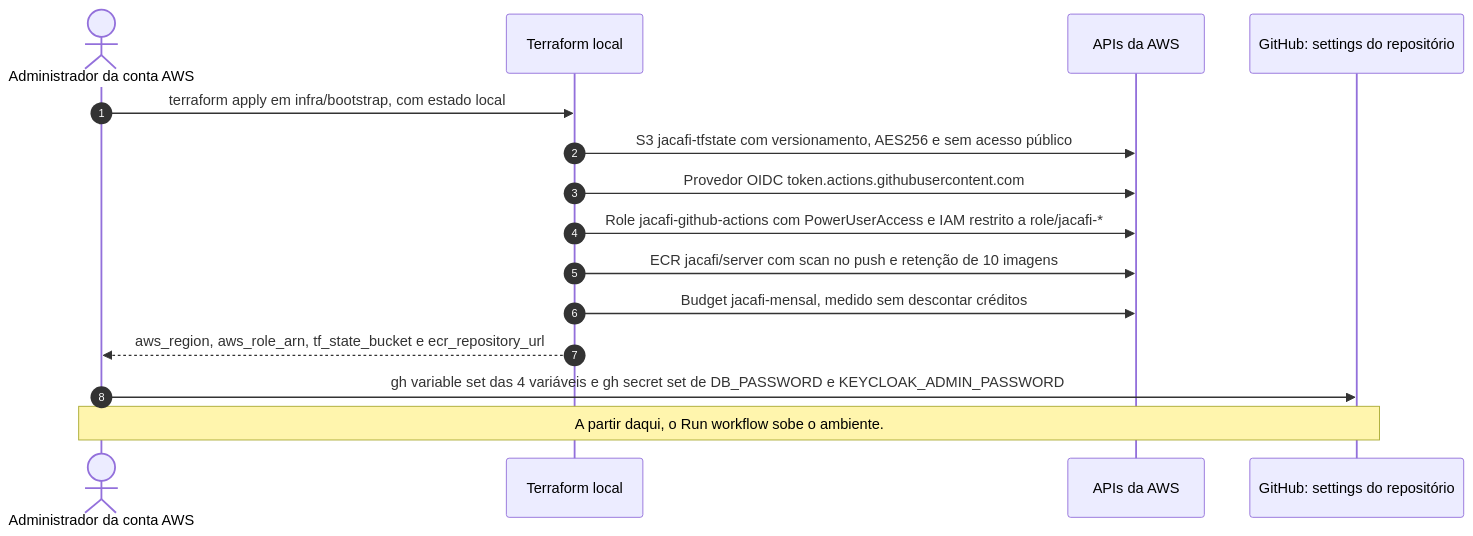
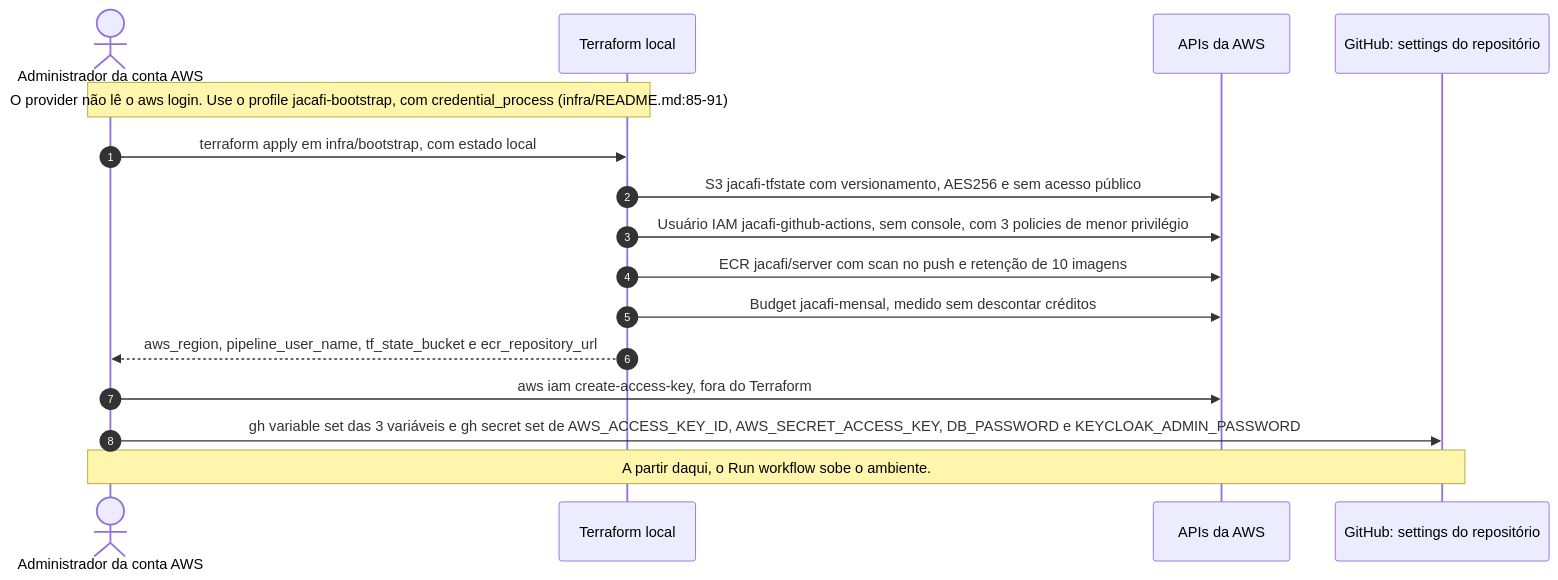
Diagram 14 of 16 in docs/arquitetura.md (gabsevamac/JACAFI-FIAP_Tech-Challenge_01), drawn with Mermaid before and after one commit. The commit also changed other lines of this file and 4 other files, not shown here.

First line of the commit message:
docs: align docs with access-key auth and fix manual commands

````diff
--- a/docs/arquitetura.md
+++ b/docs/arquitetura.md
@@ -750,18 +753,19 @@
 ```mermaid
 sequenceDiagram
     autonumber
     actor Admin as Administrador da conta AWS
     participant TF as Terraform local
     participant AWS as APIs da AWS
     participant GH as GitHub: settings do repositório
 
+    Note over Admin,TF: O provider não lê o aws login. Use o profile jacafi-bootstrap, com credential_process (infra/README.md:85-91)
     Admin->>TF: terraform apply em infra/bootstrap, com estado local
     TF->>AWS: S3 jacafi-tfstate com versionamento, AES256 e sem acesso público
-    TF->>AWS: Provedor OIDC token.actions.githubusercontent.com
-    TF->>AWS: Role jacafi-github-actions com PowerUserAccess e IAM restrito a role/jacafi-*
+    TF->>AWS: Usuário IAM jacafi-github-actions, sem console, com 3 policies de menor privilégio
     TF->>AWS: ECR jacafi/server com scan no push e retenção de 10 imagens
     TF->>AWS: Budget jacafi-mensal, medido sem descontar créditos
-    TF-->>Admin: aws_region, aws_role_arn, tf_state_bucket e ecr_repository_url
-    Admin->>GH: gh variable set das 4 variáveis e gh secret set de DB_PASSWORD e KEYCLOAK_ADMIN_PASSWORD
+    TF-->>Admin: aws_region, pipeline_user_name, tf_state_bucket e ecr_repository_url
+    Admin->>AWS: aws iam create-access-key, fora do Terraform
+    Admin->>GH: gh variable set das 3 variáveis e gh secret set de AWS_ACCESS_KEY_ID, AWS_SECRET_ACCESS_KEY, DB_PASSWORD e KEYCLOAK_ADMIN_PASSWORD
     Note over Admin,GH: A partir daqui, o Run workflow sobe o ambiente.
 ```
````
